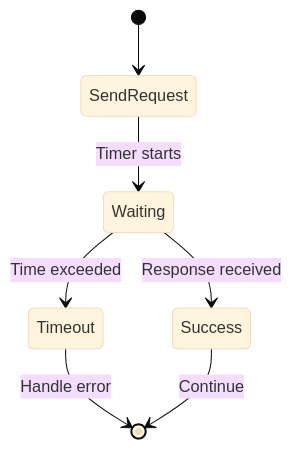
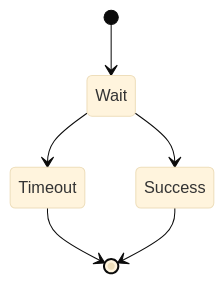
The fourth of 5 diagrams in examples/api_pipeline/17_network_timeout/README.md (wisrovi/wpipe), drawn with Mermaid (base theme) before and after one commit. The commit also changed other lines of this file and 20 other files, not shown here.

First line of the commit message:
Simplify Mermaid diagrams for better rendering

````diff
--- a/examples/api_pipeline/17_network_timeout/README.md
+++ b/examples/api_pipeline/17_network_timeout/README.md
@@ -57,9 +48,8 @@
 ```mermaid
 stateDiagram-v2
-    [*] --> SendRequest
-    SendRequest --> Waiting: Timer starts
-    Waiting --> Success: Response received
-    Waiting --> Timeout: Time exceeded
-    Timeout --> [*]: Handle error
-    Success --> [*]: Continue
+    [*] --> Wait
+    Wait --> Success
+    Wait --> Timeout
+    Timeout --> [*]
+    Success --> [*]
 ```
````
